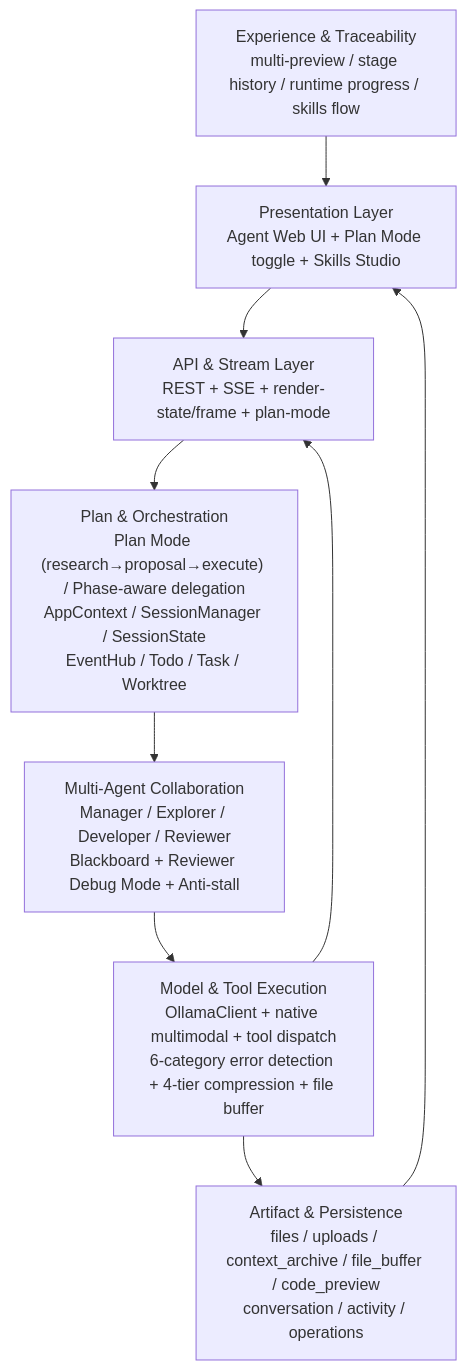
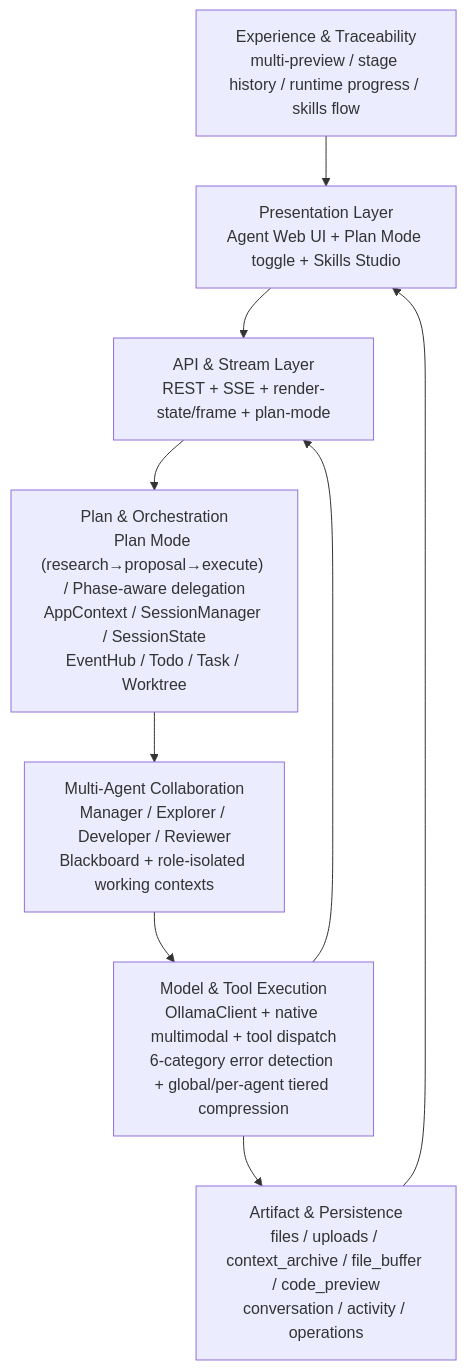
The first of 15 diagrams in README.md (FonaTech/Clouds-Coder), drawn with Mermaid before and after one commit. The commit also changed other lines of this file and 6 other files, not shown here.

````diff
--- a/README.md
+++ b/README.md
@@ -186,13 +188,13 @@
 ```mermaid
 flowchart TB
   UX["Experience & Traceability<br/>multi-preview / stage history / runtime progress / skills flow"]
   UI["Presentation Layer<br/>Agent Web UI + Plan Mode toggle + Skills Studio"]
   API["API & Stream Layer<br/>REST + SSE + render-state/frame + plan-mode"]
   ORCH["Plan & Orchestration<br/>Plan Mode (research→proposal→execute) / Phase-aware delegation<br/>AppContext / SessionManager / SessionState<br/>EventHub / Todo / Task / Worktree"]
-  AGENT["Multi-Agent Collaboration<br/>Manager / Explorer / Developer / Reviewer<br/>Blackboard + Reviewer Debug Mode + Anti-stall"]
-  EXEC["Model & Tool Execution<br/>OllamaClient + native multimodal + tool dispatch<br/>6-category error detection + 4-tier compression + file buffer"]
+  AGENT["Multi-Agent Collaboration<br/>Manager / Explorer / Developer / Reviewer<br/>Blackboard + role-isolated working contexts"]
+  EXEC["Model & Tool Execution<br/>OllamaClient + native multimodal + tool dispatch<br/>6-category error detection + global/per-agent tiered compression"]
   DATA["Artifact & Persistence<br/>files / uploads / context_archive / file_buffer / code_preview<br/>conversation / activity / operations"]
   UX --> UI --> API --> ORCH --> AGENT --> EXEC --> DATA
   EXEC --> API
   DATA --> UI
 ```
````
